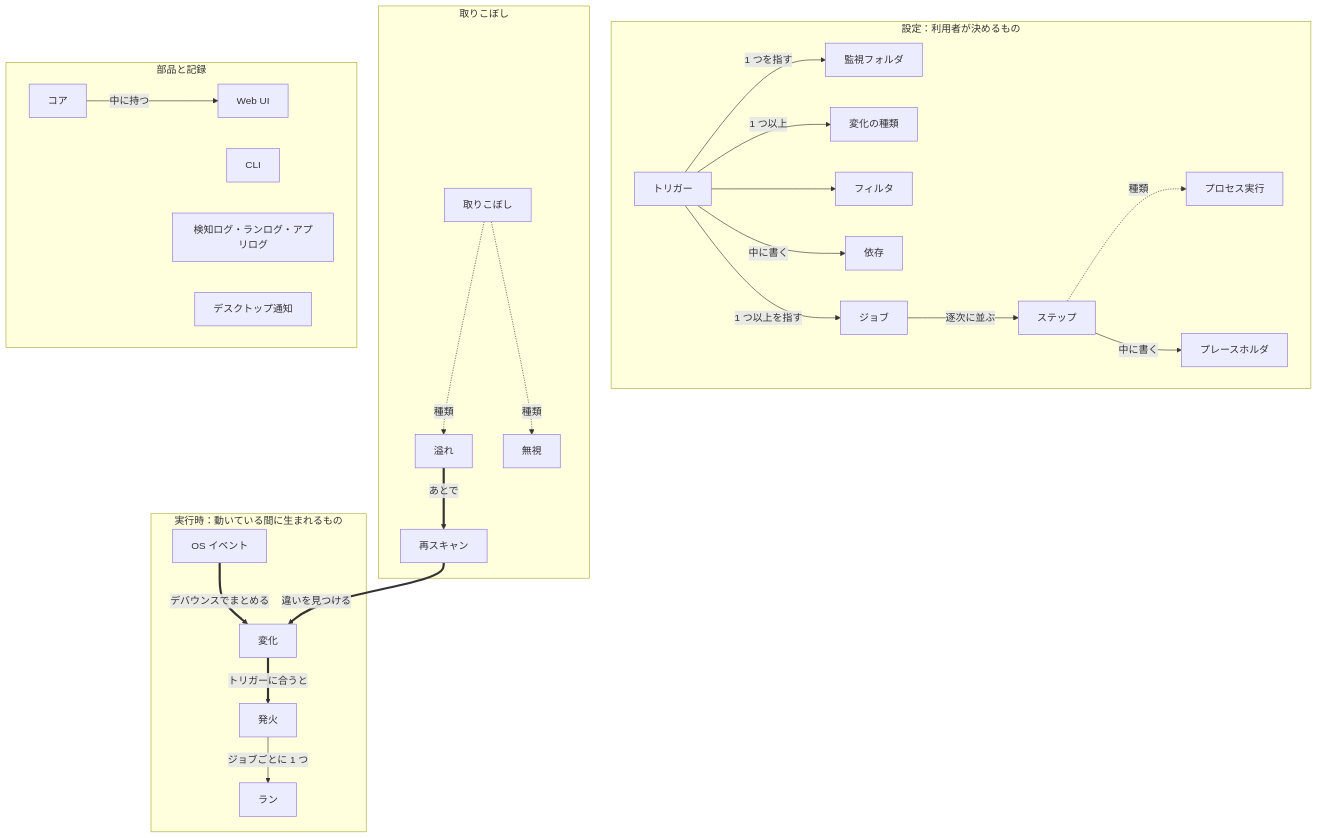
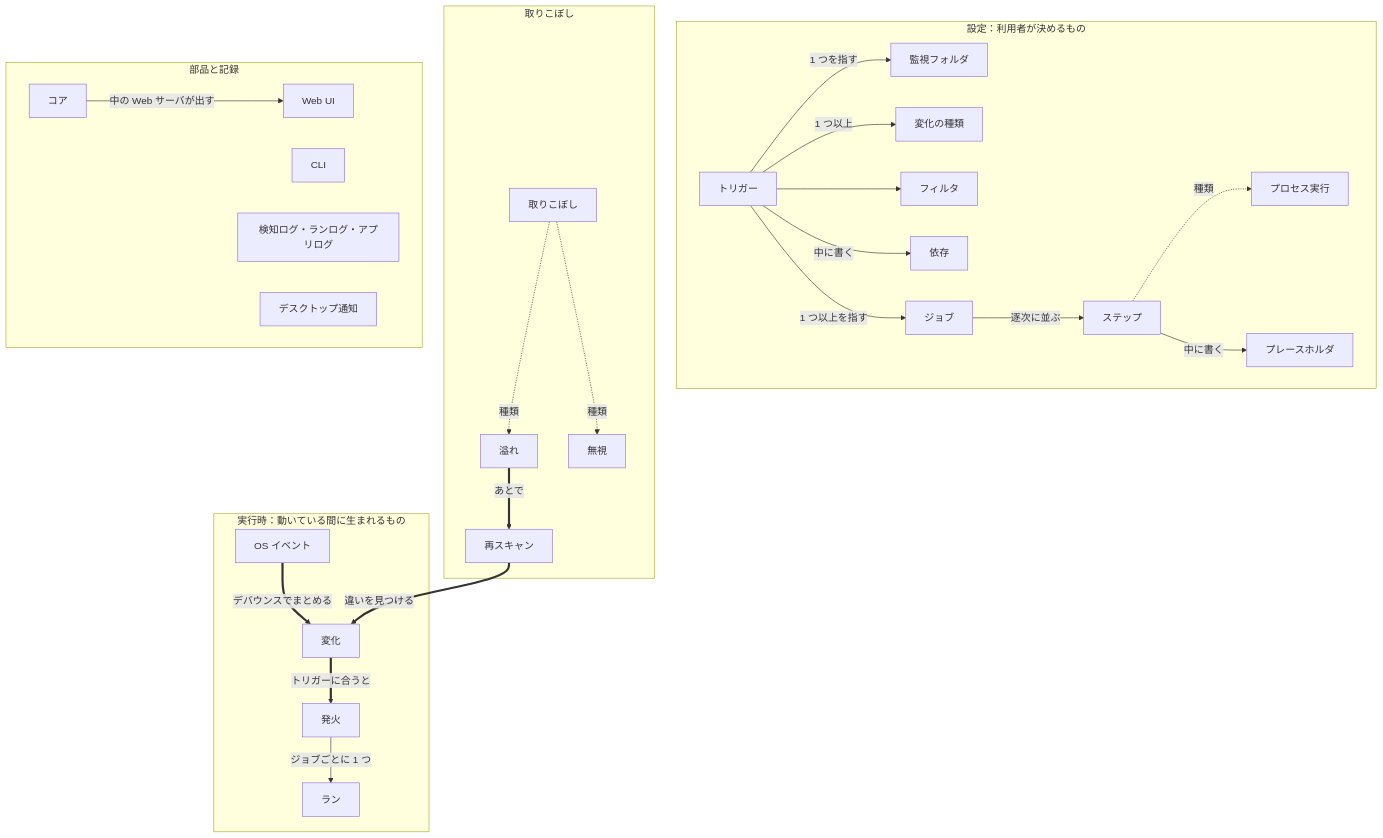
Before and after one commit to capypara20/Foxonar: the diagram in docs/glossary.ja.md, drawn with Mermaid. The commit also changed other lines of this file and 3 other files, not shown here.

````diff
--- a/docs/glossary.ja.md
+++ b/docs/glossary.ja.md
@@ -23,53 +23,53 @@
 ```mermaid
 flowchart TD
   subgraph user["設定：利用者が決めるもの"]
     trigger["トリガー"]
     folder["監視フォルダ"]
     kind["変化の種類"]
     filter["フィルタ"]
     dep["依存"]
     job["ジョブ"]
     step["ステップ"]
     exec["プロセス実行"]
     ph["プレースホルダ"]
     trigger -->|1 つを指す| folder
     trigger -->|1 つ以上| kind
     trigger --> filter
     trigger -->|中に書く| dep
     trigger -->|1 つ以上を指す| job
     job -->|逐次に並ぶ| step
     step -.->|種類| exec
     step -->|中に書く| ph
   end
 
   subgraph runtime["実行時：動いている間に生まれるもの"]
     osev["OS イベント"]
     change["変化"]
     firing["発火"]
     run["ラン"]
     osev ==>|デバウンスでまとめる| change
     change ==>|トリガーに合うと| firing
     firing -->|ジョブごとに 1 つ| run
   end
 
   subgraph missed["取りこぼし"]
     miss["取りこぼし"]
     overflow["溢れ"]
     ignore["無視"]
     rescan["再スキャン"]
     miss -.->|種類| overflow
     miss -.->|種類| ignore
   end
 
   overflow ==>|あとで| rescan
   rescan ==>|違いを見つける| change
 
   subgraph parts["部品と記録"]
     core["コア"]
     webui["Web UI"]
     cli["CLI"]
     logs["検知ログ・ランログ・アプリログ"]
     toast["デスクトップ通知"]
-    core -->|中に持つ| webui
+    core -->|中の Web サーバが出す| webui
   end
 ```
````
